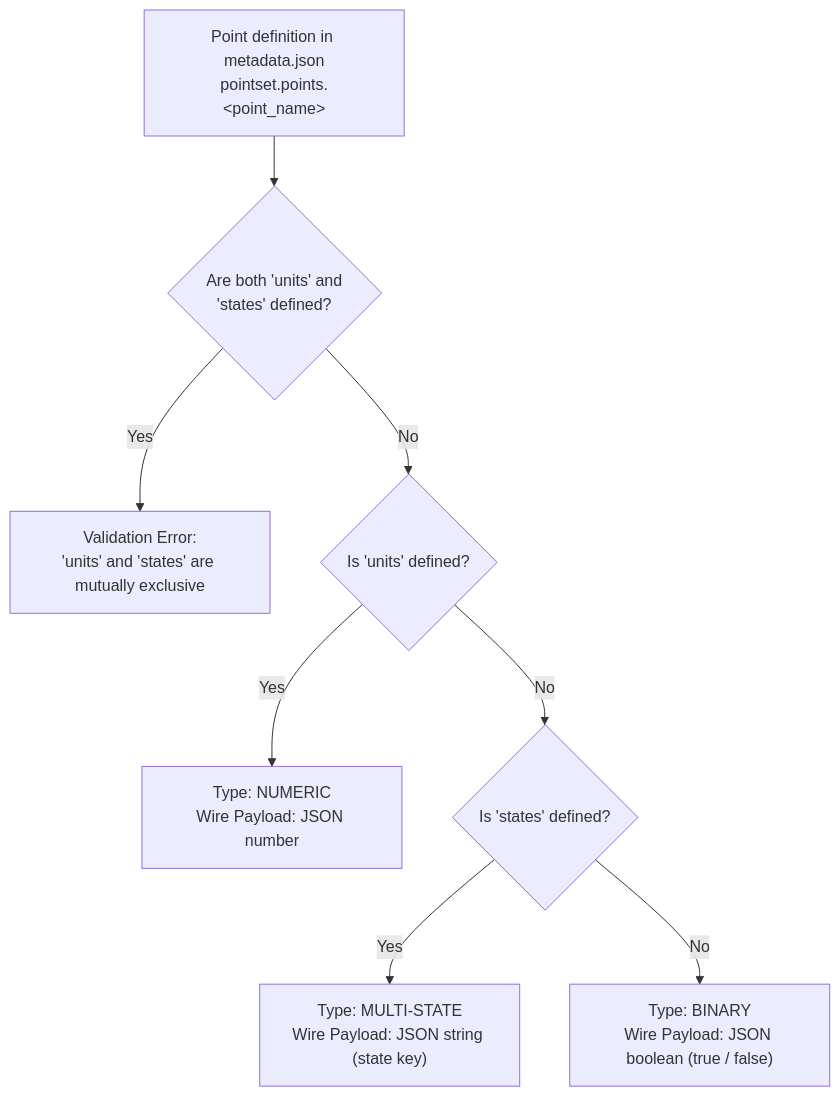
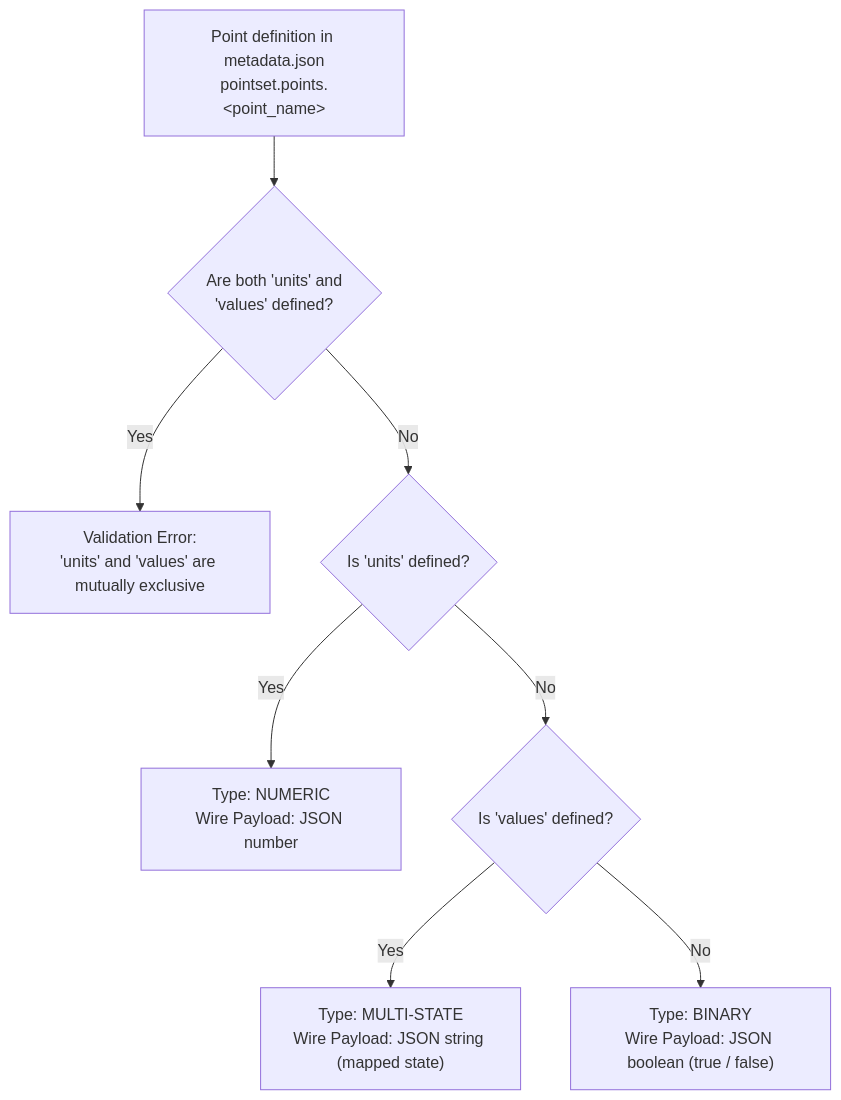
Before and after one commit to faucetsdn/udmi: the diagram in docs/specs/point_typing.md, drawn with Mermaid. The commit also changed other lines of this file and 1 other file, not shown here.

Commit message:
Update point typing spec to use values field and raw-to-state mapping

````diff
--- a/docs/specs/point_typing.md
+++ b/docs/specs/point_typing.md
@@ -20,10 +20,10 @@
 ```mermaid
 flowchart TD
-    A["Point definition in metadata.json<br/>pointset.points.&lt;point_name&gt;"] --> B{"Are both 'units' and<br/>'states' defined?"}
-    B -- Yes --> ERR["Validation Error:<br/>'units' and 'states' are mutually exclusive"]
+    A["Point definition in metadata.json<br/>pointset.points.&lt;point_name&gt;"] --> B{"Are both 'units' and<br/>'values' defined?"}
+    B -- Yes --> ERR["Validation Error:<br/>'units' and 'values' are mutually exclusive"]
     B -- No --> C{"Is 'units' defined?"}
     C -- Yes --> NUM["Type: NUMERIC<br/>Wire Payload: JSON number"]
-    C -- No --> D{"Is 'states' defined?"}
-    D -- Yes --> MS["Type: MULTI-STATE<br/>Wire Payload: JSON string (state key)"]
+    C -- No --> D{"Is 'values' defined?"}
+    D -- Yes --> MS["Type: MULTI-STATE<br/>Wire Payload: JSON string (mapped state)"]
     D -- No --> BIN["Type: BINARY<br/>Wire Payload: JSON boolean (true / false)"]
 ```
````
